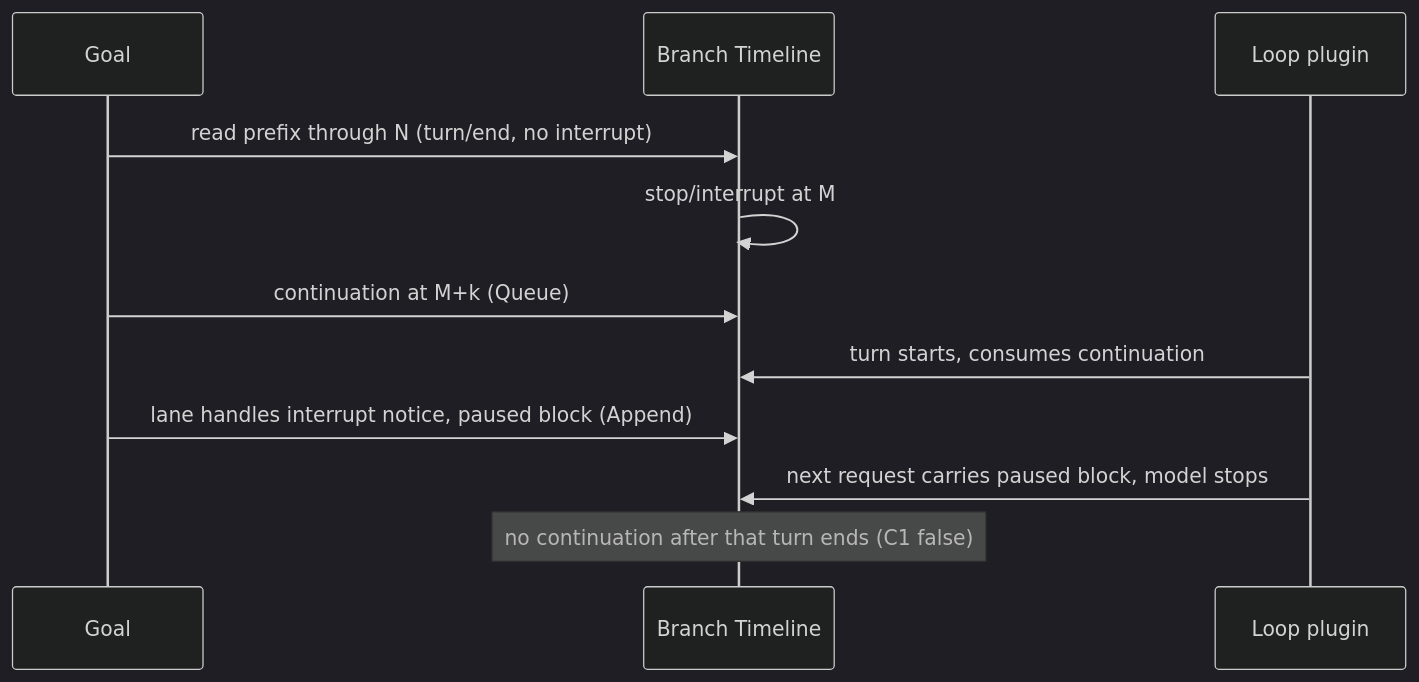
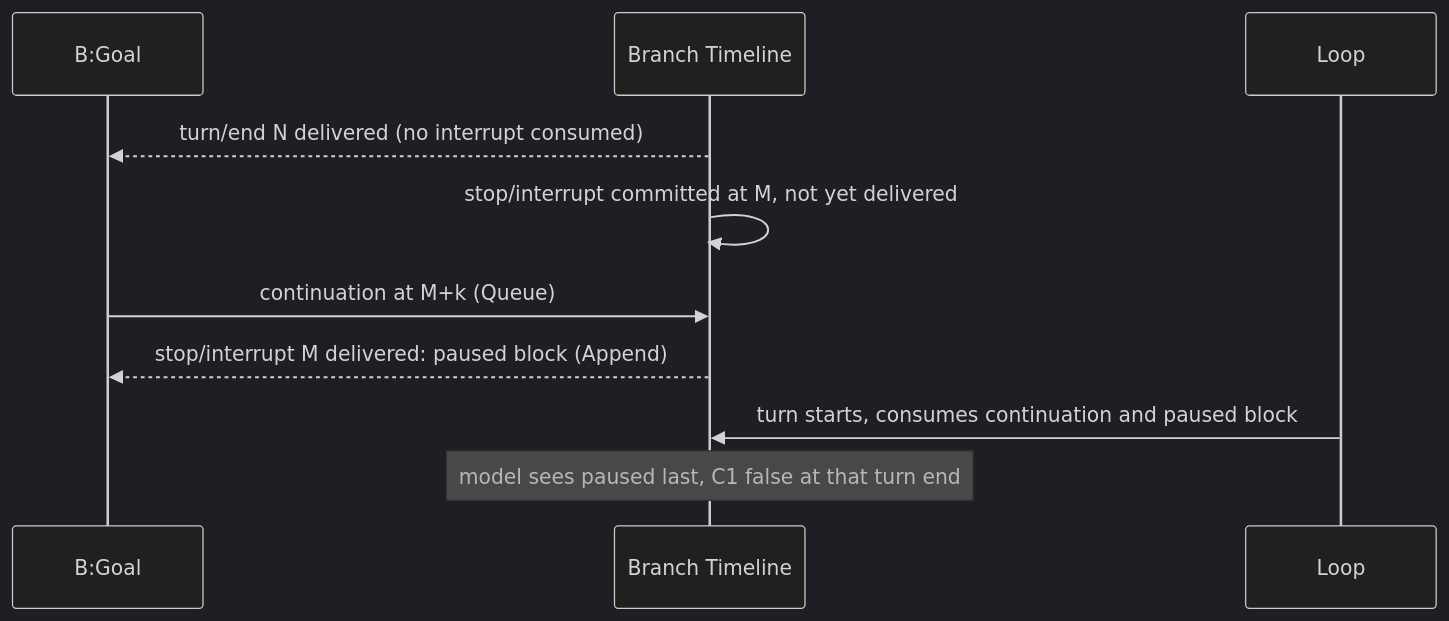
One commit to CoutinhoTTS/dim-agent changed the sixth of 6 diagrams in docs/design/plugins/Goal.md. Above: the diagram before and after it, drawn with Mermaid (dark theme). The commit also changed other lines of this file and 3 other files, not shown here.

````diff
--- a/docs/design/plugins/Goal.md
+++ b/docs/design/plugins/Goal.md
@@ -156,13 +146,12 @@
 ```mermaid
 sequenceDiagram
-  participant Goal
+  participant G as B:Goal
   participant TL as Branch Timeline
-  participant LP as Loop plugin
-  Goal->>TL: read prefix through N (turn/end, no interrupt)
-  TL->>TL: stop/interrupt at M
-  Goal->>TL: continuation at M+k (Queue)
-  LP->>TL: turn starts, consumes continuation
-  Goal->>TL: lane handles interrupt notice, paused block (Append)
-  LP->>TL: next request carries paused block, model stops
-  Note over TL: no continuation after that turn ends (C1 false)
+  participant LP as Loop
+  TL-->>G: turn/end N delivered (no interrupt consumed)
+  TL->>TL: stop/interrupt committed at M, not yet delivered
+  G->>TL: continuation at M+k (Queue)
+  TL-->>G: stop/interrupt M delivered: paused block (Append)
+  LP->>TL: turn starts, consumes continuation and paused block
+  Note over TL: model sees paused last, C1 false at that turn end
 ```
````
